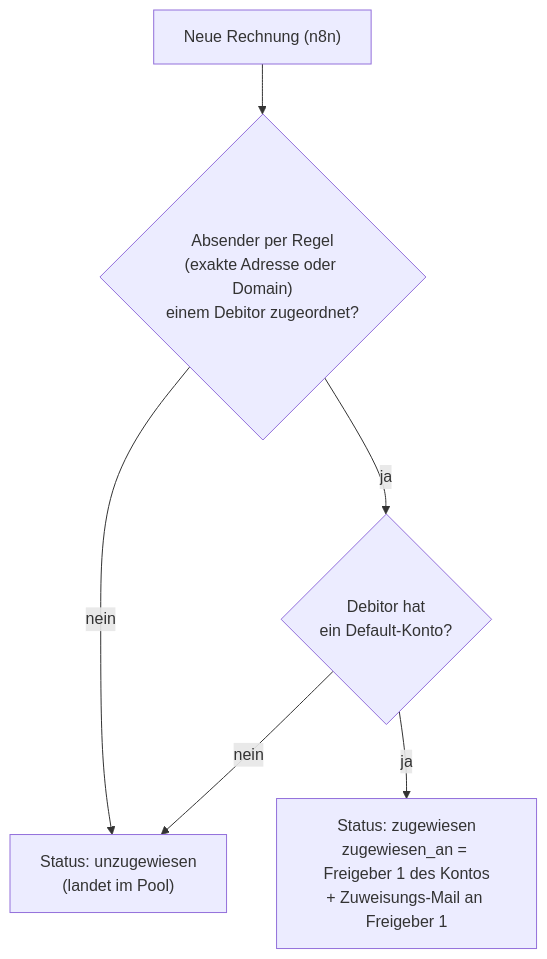
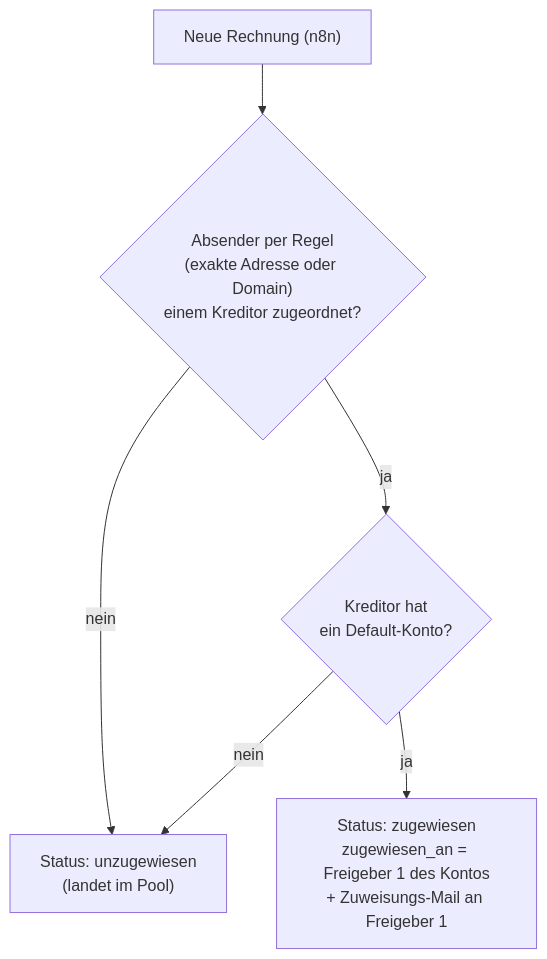
Before and after one commit to rony326/freigabeportal: the second of 4 diagrams in docs/rechnungs-workflow.md, drawn with Mermaid. The commit also changed other lines of this file and 70 other files, not shown here.

````diff
--- a/docs/rechnungs-workflow.md
+++ b/docs/rechnungs-workflow.md
@@ -78,8 +78,8 @@
 ```mermaid
 flowchart TD
-    A["Neue Rechnung (n8n)"] --> B{"Absender per Regel<br/>(exakte Adresse oder Domain)<br/>einem Debitor zugeordnet?"}
+    A["Neue Rechnung (n8n)"] --> B{"Absender per Regel<br/>(exakte Adresse oder Domain)<br/>einem Kreditor zugeordnet?"}
     B -- nein --> P["Status: unzugewiesen<br/>(landet im Pool)"]
-    B -- ja --> C{"Debitor hat<br/>ein Default-Konto?"}
+    B -- ja --> C{"Kreditor hat<br/>ein Default-Konto?"}
     C -- nein --> P
     C -- ja --> D["Status: zugewiesen<br/>zugewiesen_an = Freigeber 1 des Kontos<br/>+ Zuweisungs-Mail an Freigeber 1"]
 ```
````
